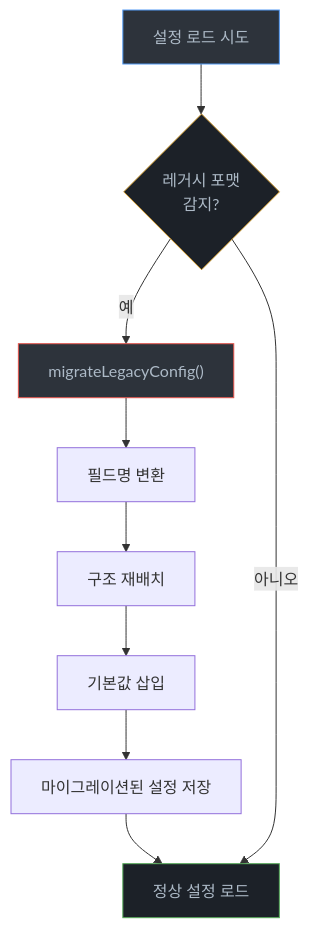
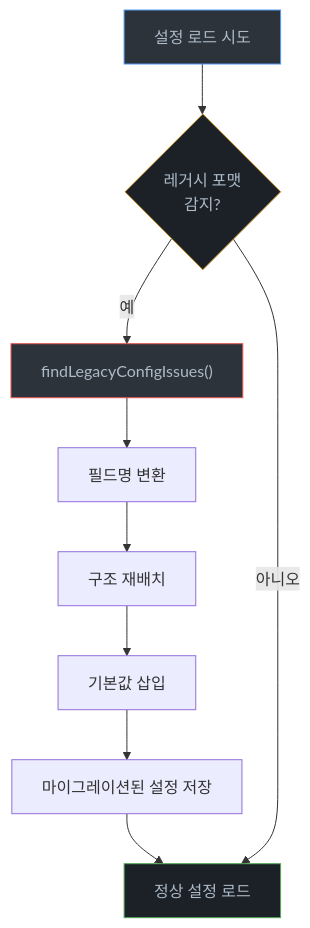
One commit to kgpark88/aiagent2026 changed the fourth of 7 diagrams in openclaw분석/06-설정-시스템.md. Above: the diagram before and after it, drawn with Mermaid. The commit also changed other lines of this file and 11 other files, not shown here.

````diff
--- a/openclaw분석/06-설정-시스템.md
+++ b/openclaw분석/06-설정-시스템.md
@@ -319,16 +328,16 @@
 ```mermaid
 flowchart TD
     A["설정 로드 시도"] --> B{"레거시 포맷<br/>감지?"}
-    B -->|"예"| C["migrateLegacyConfig()"]
+    B -->|"예"| C["findLegacyConfigIssues()"]
     C --> D["필드명 변환"]
     D --> E["구조 재배치"]
     E --> F["기본값 삽입"]
     F --> G["마이그레이션된 설정 저장"]
     G --> H["정상 설정 로드"]
     B -->|"아니오"| H
 
     style A fill:#2d333b,stroke:#539bf5,color:#adbac7
     style B fill:#1c2128,stroke:#c69026,color:#adbac7
     style C fill:#2d333b,stroke:#e5534b,color:#adbac7
     style H fill:#1c2128,stroke:#57ab5a,color:#adbac7
 ```
````
